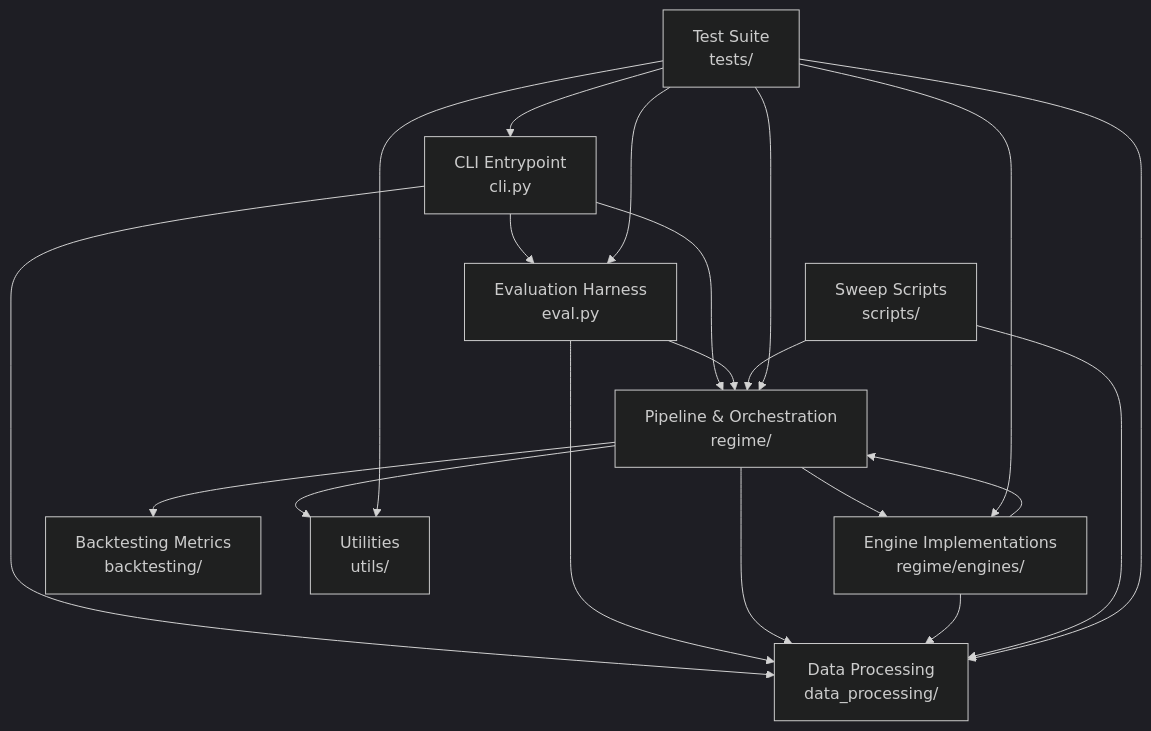
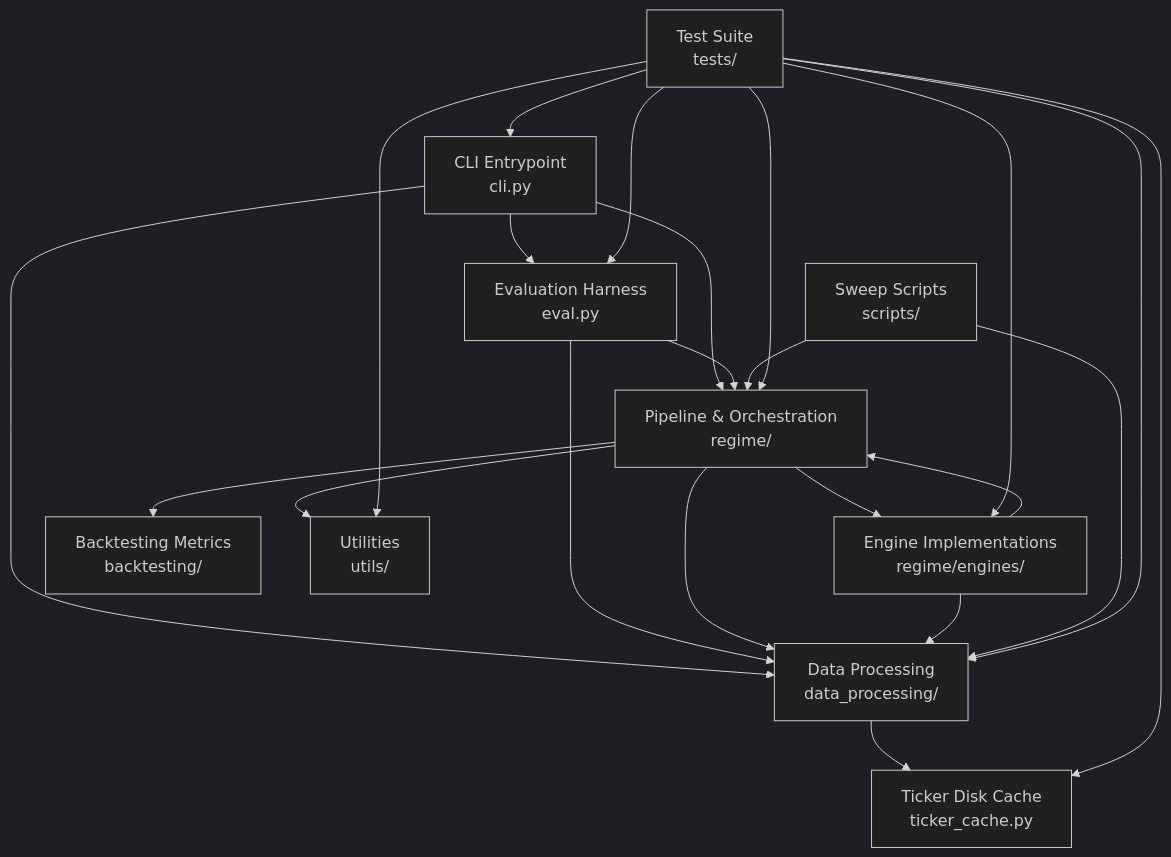
The diagram in .nexus-map/arch/dependencies.md (egargale/hmm_test), drawn with Mermaid (dark theme) before and after one commit. The commit also changed other lines of this file and 9 other files, not shown here.

Commit message:
Update nexus-map to reflect new ticker disk cache and CLI cache flags

````diff
--- a/.nexus-map/arch/dependencies.md
+++ b/.nexus-map/arch/dependencies.md
@@ -9,32 +9,35 @@
 ```mermaid
 graph TD
     CLI["CLI Entrypoint<br/>cli.py"]
     PIP["Pipeline & Orchestration<br/>regime/"]
     ENG["Engine Implementations<br/>regime/engines/"]
     DP["Data Processing<br/>data_processing/"]
+    TC["Ticker Disk Cache<br/>ticker_cache.py"]
     EVAL["Evaluation Harness<br/>eval.py"]
     BT["Backtesting Metrics<br/>backtesting/"]
     UTIL["Utilities<br/>utils/"]
     SWEEP["Sweep Scripts<br/>scripts/"]
     TEST["Test Suite<br/>tests/"]
 
     CLI --> PIP
     CLI --> EVAL
     CLI --> DP
     EVAL --> PIP
     EVAL --> DP
+    DP --> TC
     PIP --> ENG
     PIP --> DP
     PIP --> BT
     PIP --> UTIL
     ENG --> DP
     ENG --> PIP
     SWEEP --> PIP
     SWEEP --> DP
     TEST --> CLI
     TEST --> PIP
     TEST --> ENG
     TEST --> DP
     TEST --> UTIL
     TEST --> EVAL
+    TEST --> TC
 ```
````
